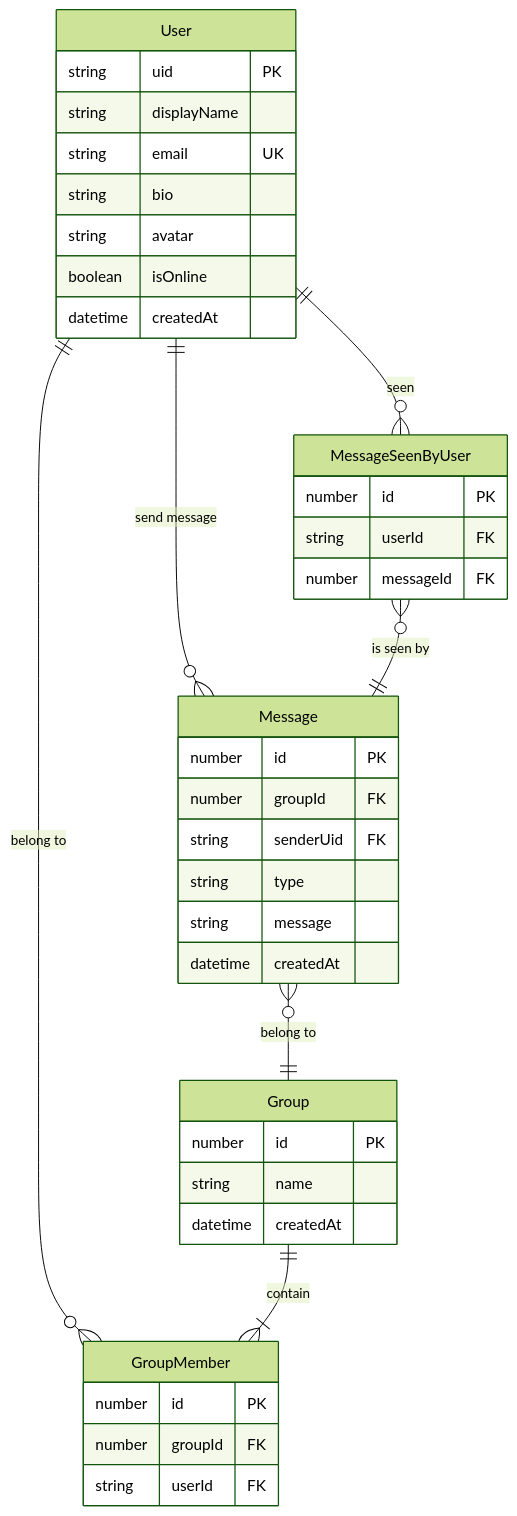
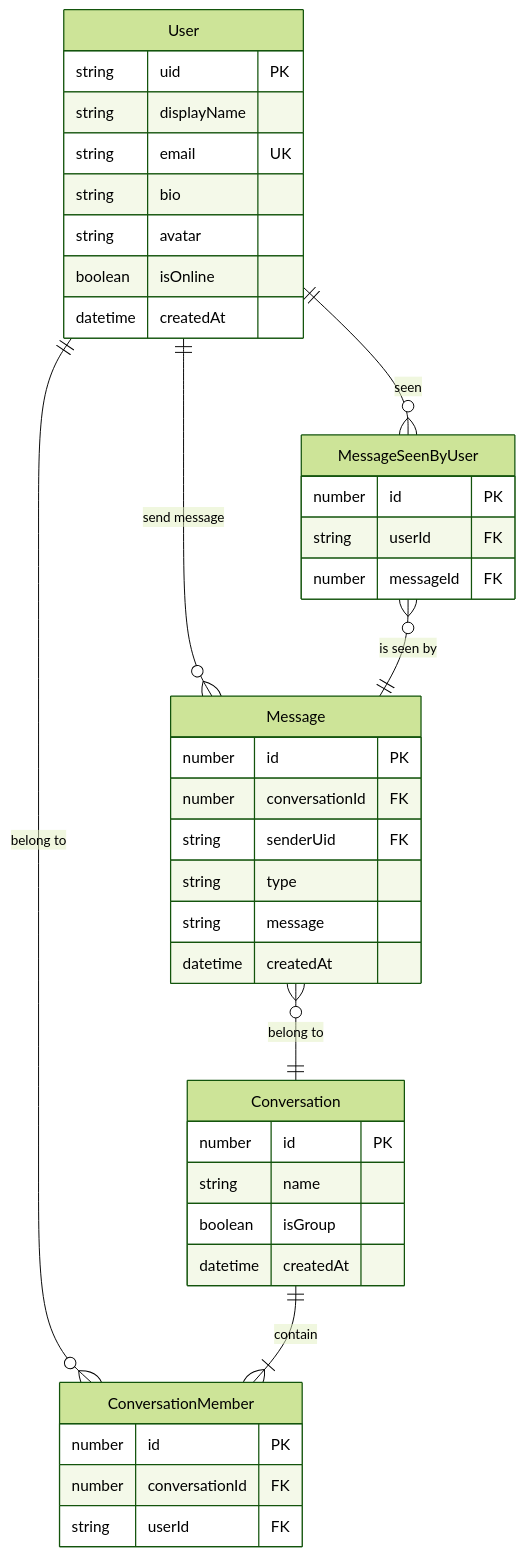
One commit to chanon-mike/u-and-i-chatapp changed the diagram in README.md. Above: the diagram before and after it, drawn with Mermaid (forest theme). The commit also changed 14 other files, not shown here.

Commit message:
Change schema group to conversation

````diff
--- a/README.md
+++ b/README.md
@@ -41,42 +41,43 @@
 ```mermaid
 erDiagram
     User {
         string uid PK
         string displayName
         string email UK
         string bio
         string avatar
         boolean isOnline
         datetime createdAt
     }
-    Group {
+    Conversation {
         number id PK
         string name
+        boolean isGroup
         datetime createdAt
     }
-    GroupMember {
+    ConversationMember {
         number id PK
-        number groupId FK
+        number conversationId FK
         string userId FK
     }
     MessageSeenByUser {
         number id PK
         string userId FK
         number messageId FK
     }
     Message {
         number id PK
-        number groupId FK
+        number conversationId FK
         string senderUid FK
         string type
         string message
         datetime createdAt
     }
 
-    User ||--o{ GroupMember: "belong to"
+    User ||--o{ ConversationMember: "belong to"
     User ||--o{ Message: "send message"
     User ||--o{ MessageSeenByUser: "seen"
     MessageSeenByUser o{--|| Message: "is seen by"
-    Group ||--|{ GroupMember: "contain"
-    Message }o--|| Group: "belong to"
+    Conversation ||--|{ ConversationMember: "contain"
+    Message }o--|| Conversation: "belong to"
 ```
````
